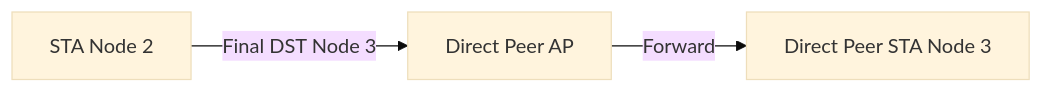
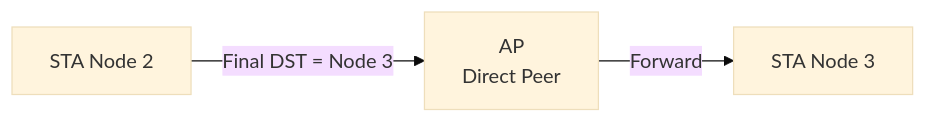
One commit to wnd443724421-cell/linkg changed diagram 12 of 15 in linkg-project-plan/LinkG项目具体落实方案_模块化/03-M03-Node与Discovery设备发现.md. Above: the diagram before and after it, drawn with Mermaid (base theme). The commit also changed other lines of this file, not shown here.

````diff
--- a/linkg-project-plan/LinkG项目具体落实方案_模块化/03-M03-Node与Discovery设备发现.md
+++ b/linkg-project-plan/LinkG项目具体落实方案_模块化/03-M03-Node与Discovery设备发现.md
@@ -1527,5 +511,9 @@
 ```mermaid
 flowchart LR
-    S2[STA Node 2] -->|Final DST Node 3| AP[Direct Peer AP]
-    AP -->|Forward| S3[Direct Peer STA Node 3]
+    S2[STA Node 2]
+    AP[AP<br/>Direct Peer]
+    S3[STA Node 3]
+
+    S2 -->|Final DST = Node 3| AP
+    AP -->|Forward| S3
 ```
````
